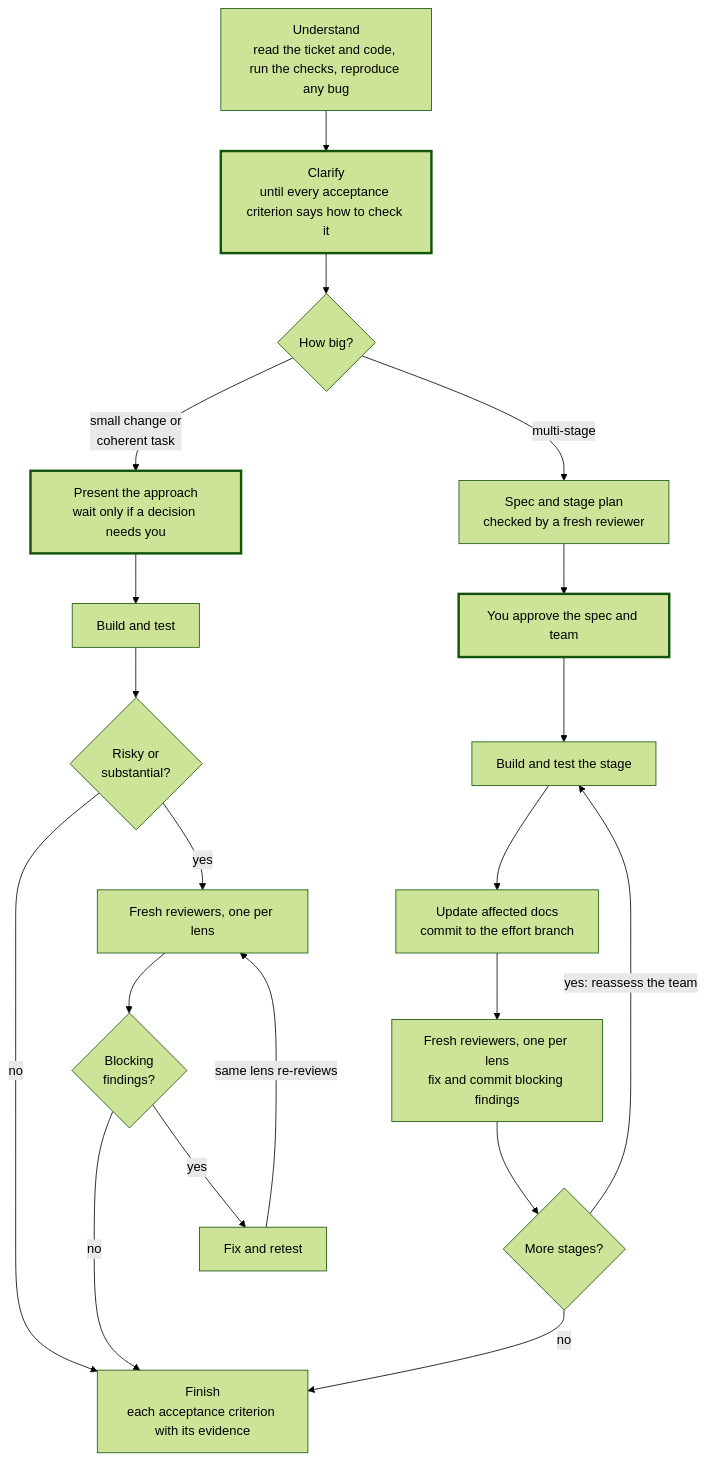
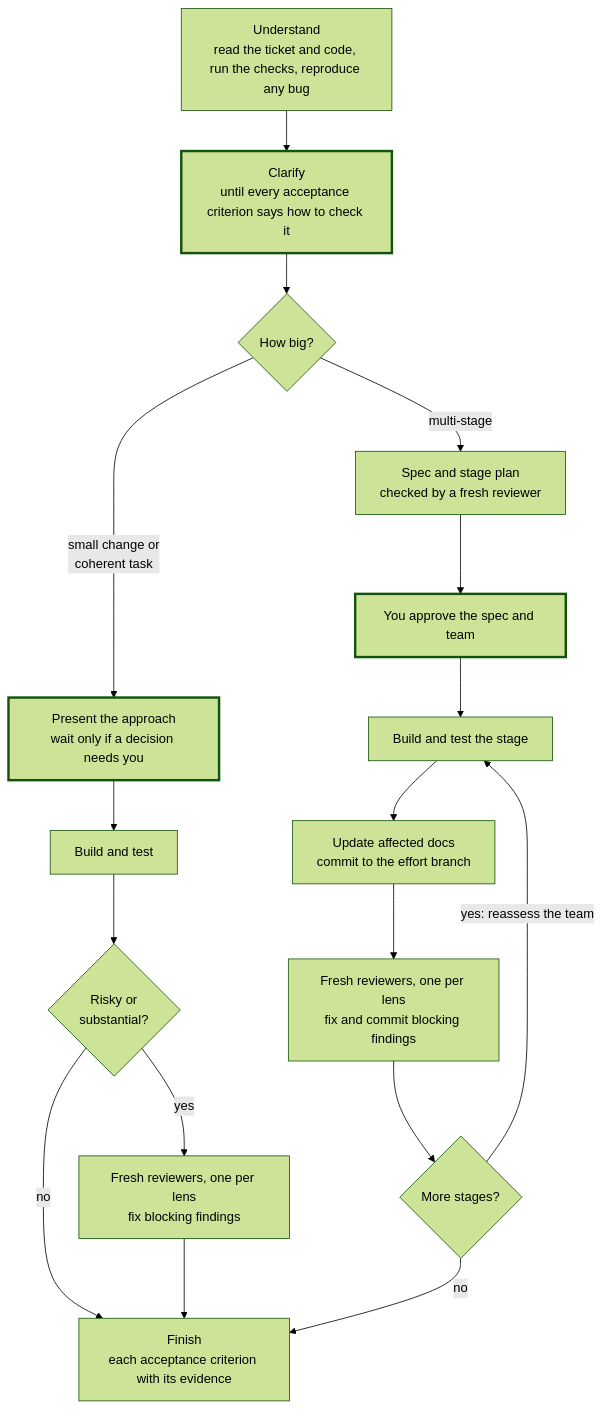
One commit to dipsylala/skills changed the diagram in do-my-work/README.md. Above: the diagram before and after it, drawn with Mermaid (forest theme).

Commit message:
Return the do-my-work workflow diagram to a single review box
Reverts #47 and #46. The left-hand review is again one box, "Fresh
reviewers, one per lens / fix blocking findings", matching the stage
review box on the right.

````diff
--- a/do-my-work/README.md
+++ b/do-my-work/README.md
@@ -50,43 +50,37 @@
 ```mermaid
 flowchart TD
     U["Understand<br/>read the ticket and code, run the checks, reproduce any bug"]
     C["Clarify<br/>until every acceptance criterion says how to check it"]
     Size{"How big?"}
     Plan["Present the approach<br/>wait only if a decision needs you"]
     Build["Build and test"]
     Risky{"Risky or<br/>substantial?"}
-    Review["Fresh reviewers, one per lens"]
-    Blocking{"Blocking<br/>findings?"}
-    Fix["Fix and retest"]
+    Review["Fresh reviewers, one per lens<br/>fix blocking findings"]
     Spec["Spec and stage plan<br/>checked by a fresh reviewer"]
     Approve["You approve the spec and team"]
     Stage["Build and test the stage"]
     Commit["Update affected docs<br/>commit to the effort branch"]
     StageReview["Fresh reviewers, one per lens<br/>fix and commit blocking findings"]
     More{"More stages?"}
     Finish["Finish<br/>each acceptance criterion with its evidence"]
 
     U --> C
     C --> Size
     Size -- "small change or<br/>coherent task" --> Plan
     Plan --> Build
     Build --> Risky
     Risky -- yes --> Review
     Risky -- no --> Finish
-    Review --> Blocking
-    Blocking -- yes --> Fix
-    Fix -- "same lens re-reviews" --> Review
-    Blocking -- no --> Finish
-    Fix ~~~ Finish
+    Review --> Finish
     Size -- multi-stage --> Spec
     Spec --> Approve
     Approve --> Stage
     Stage --> Commit
     Commit --> StageReview
     StageReview --> More
     More -- "yes: reassess the team" --> Stage
     More -- no --> Finish
 
     classDef you stroke-width:3px
     class C,Plan,Approve you
 ```
````
